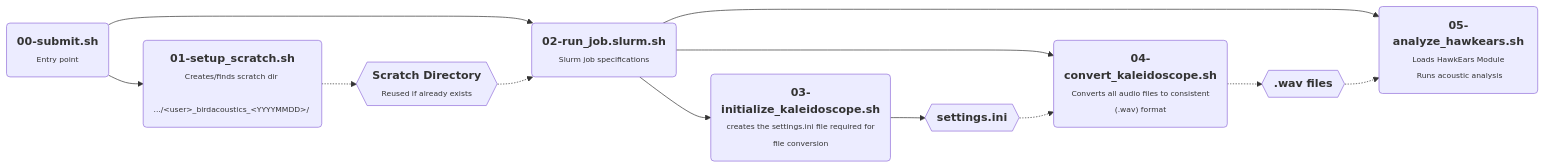
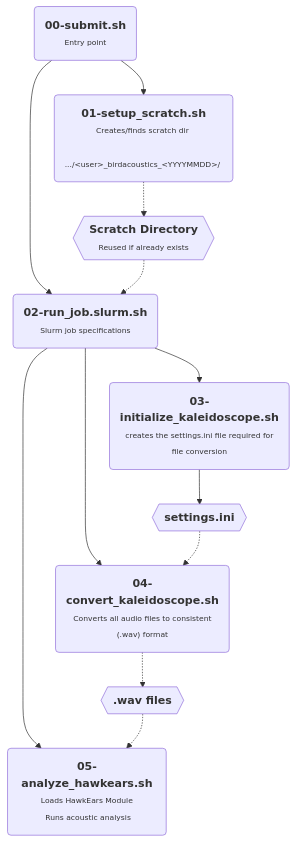
The diagram in README.md (SamLokanc/birdacoustics), drawn with Mermaid before and after one commit.

Commit message:
make diagram more readable

````diff
--- a/README.md
+++ b/README.md
@@ -20,32 +20,32 @@
 ```mermaid
-flowchart LR
+flowchart TD
     A("`**00-submit.sh**
     <span style='font-size: 11px;'>Entry point</span>`")
     B("`**01-setup_scratch.sh**
     <span style='font-size: 11px;'>Creates/finds scratch dir </br> .../&ltuser&gt\_birdacoustics\_&ltYYYYMMDD&gt/ </span>`")
     C{{"`**Scratch Directory**
     <span style='font-size: 11px;'> Reused if already exists </span>`"}}
     D("`**02-run_job.slurm.sh**
     <span style='font-size: 11px;'> Slurm job specifications </span>`")
     E("`**05-analyze_hawkears.sh**
     <span style='font-size: 11px;'> Loads HawkEars Module </br> Runs acoustic analysis</span>`")
     F("`**04-convert_kaleidoscope.sh**
     <span style='font-size: 11px;'> Converts all audio files to consistent (.wav) format</span>`")
     G{{"`**.wav files**`"}}
     H("`**03-initialize_kaleidoscope.sh**
     <span style='font-size: 11px;'> creates the settings.ini file required for file conversion</span>`")
     I{{"`**settings.ini**`"}}
 
 
     A --> B 
     A --> D
     B -.-> C
     C -.-> D
     D --> E
     D --> F
     D --> H
     H --> I
     I -.-> F
     F -.-> G
     G -.-> E
 ```
````
